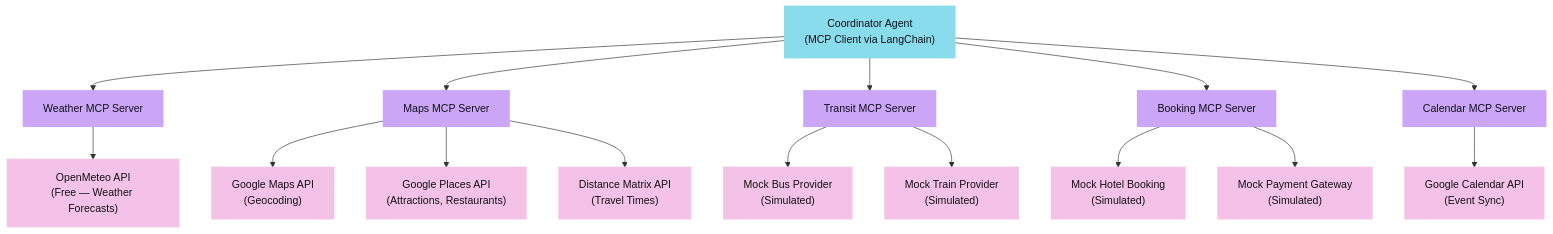
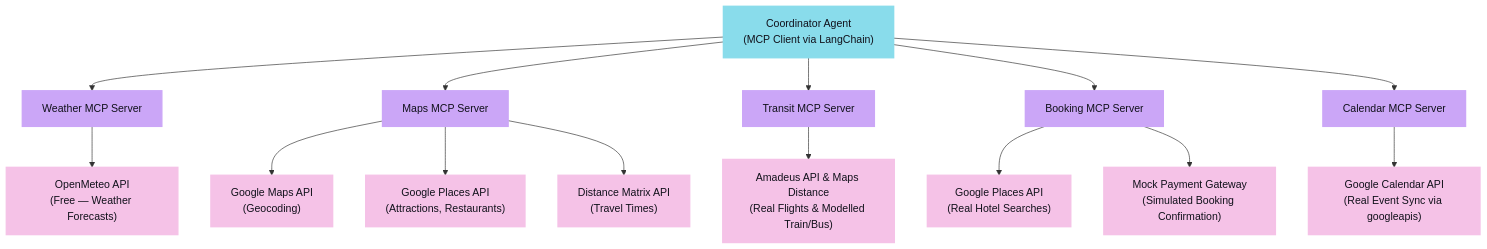
The sixth of 9 diagrams in README.md (Dhayananth1511/CapStoneProject_Presidio_InternShip), drawn with Mermaid before and after one commit. The commit also changed other lines of this file, not shown here.

Commit message:
docs: update README.md to reflect real-data API integrations

````diff
--- a/README.md
+++ b/README.md
@@ -530,30 +530,29 @@
 ```mermaid
 graph TD
     classDef default fill:#1e1e2e,stroke:#cdd6f4,stroke-width:2px,color:#cdd6f4;
     classDef agent fill:#f9e2af,stroke:#f9e2af,stroke-width:2px,color:#11111b;
     classDef mcp fill:#cba6f7,stroke:#cba6f7,stroke-width:2px,color:#11111b;
     classDef api fill:#f5c2e7,stroke:#f5c2e7,stroke-width:2px,color:#11111b;
     classDef coord fill:#89dceb,stroke:#89dceb,stroke-width:2px,color:#11111b;
 
     CoordAgent["Coordinator Agent<br/>(MCP Client via LangChain)"]:::coord
 
     CoordAgent --> WeatherMCP["Weather MCP Server"]:::mcp
     CoordAgent --> MapsMCP["Maps MCP Server"]:::mcp
     CoordAgent --> TransitMCP["Transit MCP Server"]:::mcp
     CoordAgent --> BookingMCP["Booking MCP Server"]:::mcp
     CoordAgent --> CalendarMCP["Calendar MCP Server"]:::mcp
 
     WeatherMCP --> OpenMeteo["OpenMeteo API<br/>(Free — Weather Forecasts)"]:::api
 
     MapsMCP --> GMaps["Google Maps API<br/>(Geocoding)"]:::api
     MapsMCP --> Places["Google Places API<br/>(Attractions, Restaurants)"]:::api
     MapsMCP --> Distance["Distance Matrix API<br/>(Travel Times)"]:::api
 
-    TransitMCP --> MockBus["Mock Bus Provider<br/>(Simulated)"]:::api
-    TransitMCP --> MockTrain["Mock Train Provider<br/>(Simulated)"]:::api
+    TransitMCP --> Amadeus["Amadeus API & Maps Distance<br/>(Real Flights & Modelled Train/Bus)"]:::api
 
-    BookingMCP --> MockHotel["Mock Hotel Booking<br/>(Simulated)"]:::api
-    BookingMCP --> MockPayment["Mock Payment Gateway<br/>(Simulated)"]:::api
+    BookingMCP --> GooglePlacesLodging["Google Places API<br/>(Real Hotel Searches)"]:::api
+    BookingMCP --> MockPayment["Mock Payment Gateway<br/>(Simulated Booking Confirmation)"]:::api
 
-    CalendarMCP --> GCalendar["Google Calendar API<br/>(Event Sync)"]:::api
+    CalendarMCP --> GCalendar["Google Calendar API<br/>(Real Event Sync via googleapis)"]:::api
 ```
````
